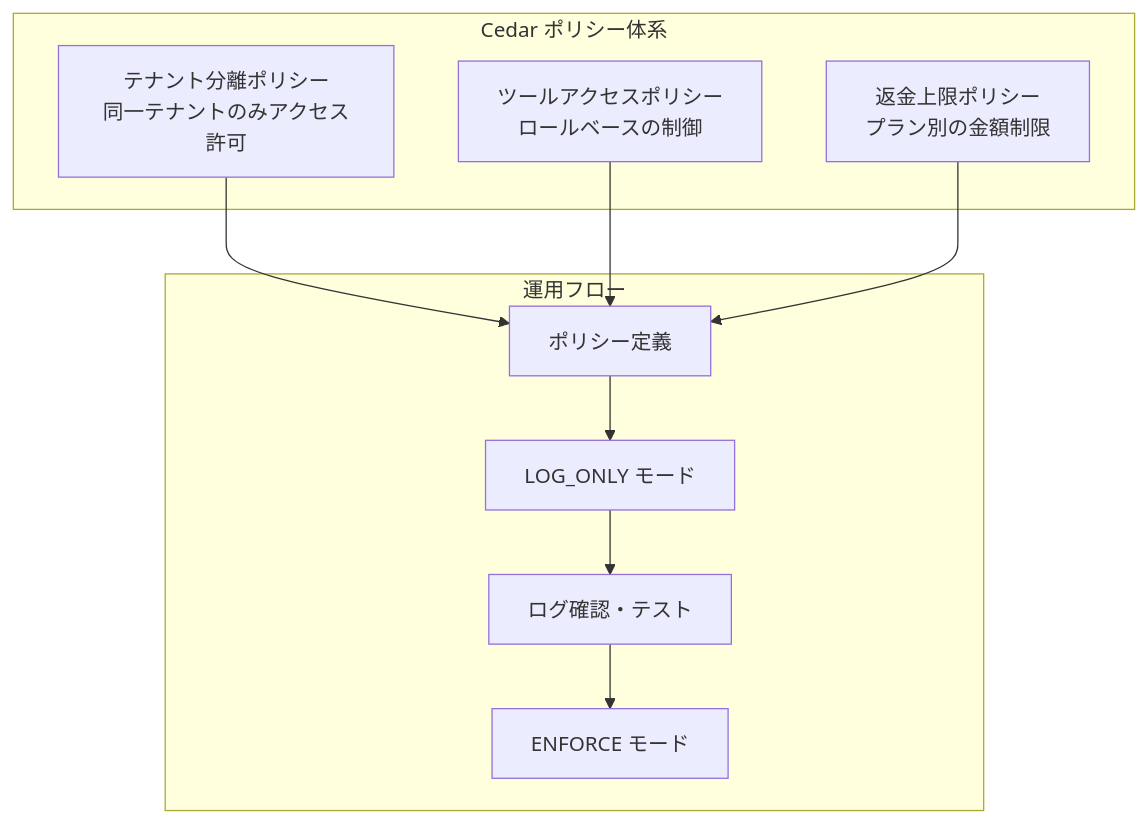
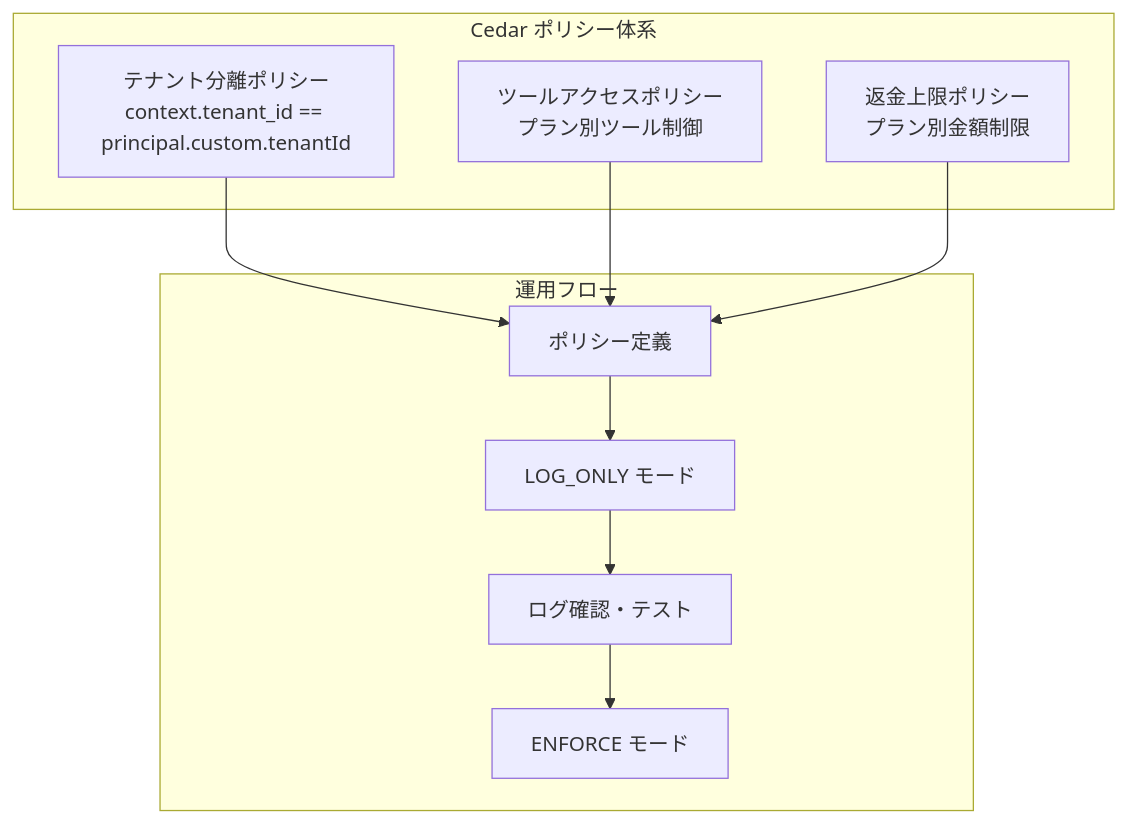
One commit to yaggytter/agentcore-multi-tenant-handson changed the third of 3 diagrams in docs/07-policy-cedar.md. Above: the diagram before and after it, drawn with Mermaid. The commit also changed other lines of this file and 49 other files, not shown here.

````diff
--- a/docs/07-policy-cedar.md
+++ b/docs/07-policy-cedar.md
@@ -1118,18 +464,18 @@
 ```mermaid
 graph TB
     subgraph "Cedar ポリシー体系"
-        P1[テナント分離ポリシー<br/>同一テナントのみアクセス許可]
-        P2[ツールアクセスポリシー<br/>ロールベースの制御]
-        P3[返金上限ポリシー<br/>プラン別の金額制限]
+        P1[テナント分離ポリシー<br/>context.tenant_id == principal.custom.tenantId]
+        P2[ツールアクセスポリシー<br/>プラン別ツール制御]
+        P3[返金上限ポリシー<br/>プラン別金額制限]
     end
 
     subgraph "運用フロー"
         D1[ポリシー定義] --> D2[LOG_ONLY モード]
         D2 --> D3[ログ確認・テスト]
         D3 --> D4[ENFORCE モード]
     end
 
     P1 --> D1
     P2 --> D1
     P3 --> D1
 ```
````
